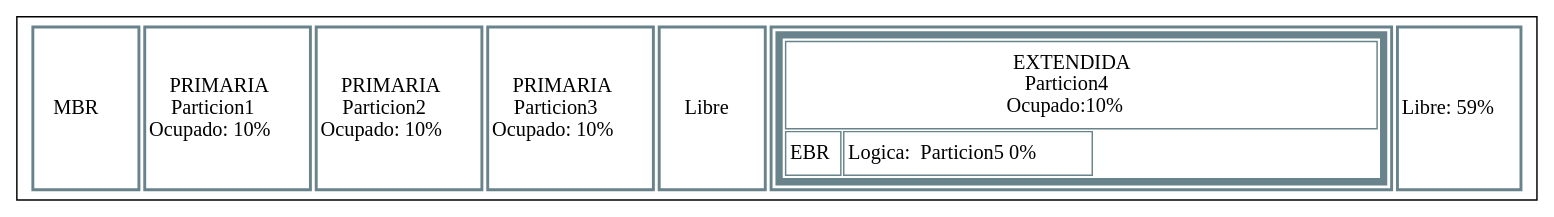
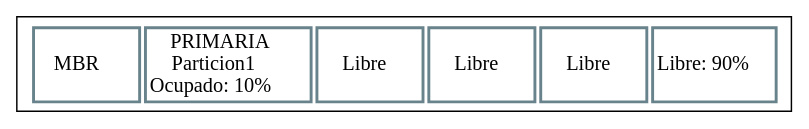
Before and after one commit to NatalyDuarte/MIA_P1_202001570: the diagram in Disk.dot, drawn with Graphviz. The commit also changed 12 other files, not shown here.

```diff
--- a/Disk.dot
+++ b/Disk.dot
@@ -1,14 +1,9 @@
 digraph G{
 tbl [
 shape=box
 label=<
 <table border='0' cellborder='2' width='100' height="30" color='lightblue4'>
-<tr><td height='30' width='75'> MBR </td><td height='30' width='75.0'>PRIMARIA <br/>Particion1 <br/> Ocupado: 10%</td><td height='30' width='75.0'>PRIMARIA <br/>Particion2 <br/> Ocupado: 10%</td><td height='30' width='75.0'>PRIMARIA <br/>Particion3 <br/> Ocupado: 10%</td><td height='30' width='75.0'>Libre</td><td  height='30' width='15.0'>
-<table border='5'  height='30' WIDTH='15.0' cellborder='1'>
- <tr>  <td height='60' colspan='100%'>EXTENDIDA <br/>Particion4 <br/> Ocupado:10%</td>  </tr>
-<tr><td height='30'>EBR</td><td height='30'> Logica:  Particion5 0%</td></tr>
-</table>
-</td><td height='30' width='75.0'>Libre: 59%</td>     </tr>
+<tr><td height='30' width='75'> MBR </td><td height='30' width='75.0'>PRIMARIA <br/>Particion1 <br/> Ocupado: 10%</td><td height='30' width='75.0'>Libre</td><td height='30' width='75.0'>Libre</td><td height='30' width='75.0'>Libre</td><td height='30' width='75.0'>Libre: 90%</td>     </tr>
 </table>
 >];
 }
```
